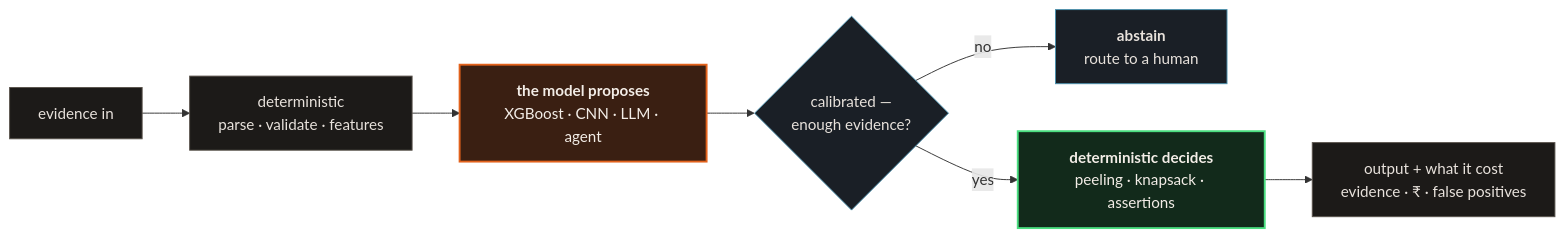
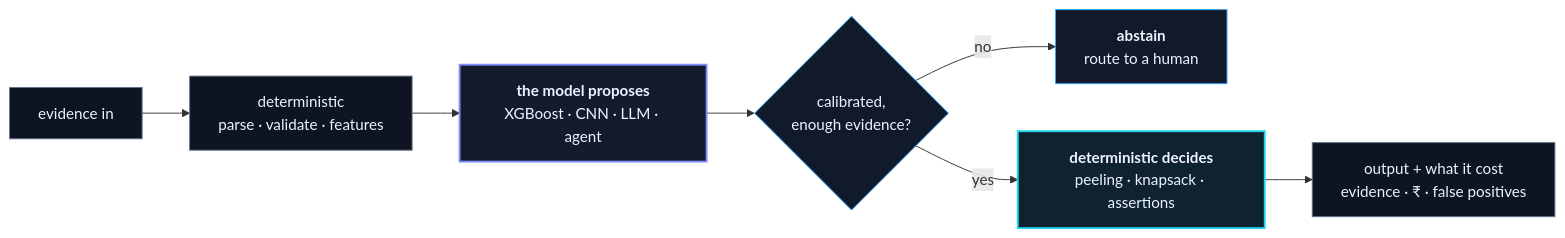
The diagram in README.md (adarshcod30/adarshcod30), drawn with Mermaid before and after one commit. The commit also changed other lines of this file, not shown here.

First line of the commit message:
Update profile README: blue diagram palette, correct AGENTIQ probe count, add competition record

````diff
--- a/README.md
+++ b/README.md
@@ -35,18 +35,18 @@
 ```mermaid
 flowchart LR
     E["evidence in"] --> D["deterministic<br/>parse · validate · features"]
     D --> M["<b>the model proposes</b><br/>XGBoost · CNN · LLM · agent"]
-    M --> G{"calibrated —<br/>enough evidence?"}
+    M --> G{"calibrated,<br/>enough evidence?"}
     G -->|no| A["<b>abstain</b><br/>route to a human"]
     G -->|yes| DEC["<b>deterministic decides</b><br/>peeling · knapsack · assertions"]
     DEC --> O["output + what it cost<br/>evidence · ₹ · false positives"]
 
-    classDef learned fill:#3a1f12,stroke:#e2621c,stroke-width:2px,color:#f3ede7
-    classDef proved fill:#122a1b,stroke:#4ade80,stroke-width:2px,color:#f3ede7
-    classDef plain fill:#1c1a18,stroke:#5a534c,color:#e8e2dc
-    classDef soft fill:#1a1f26,stroke:#4a90ad,color:#e8e2dc
+    classDef learned fill:#151B2E,stroke:#818CF8,stroke-width:2px,color:#EDF4FF
+    classDef proved fill:#0E2230,stroke:#22D3EE,stroke-width:2px,color:#EDF4FF
+    classDef plain fill:#0F1422,stroke:#64748B,color:#EDF4FF
+    classDef soft fill:#101A2B,stroke:#38A8FF,color:#EDF4FF
     class M learned
     class DEC proved
     class E,D,O plain
     class A,G soft
 ```
````
